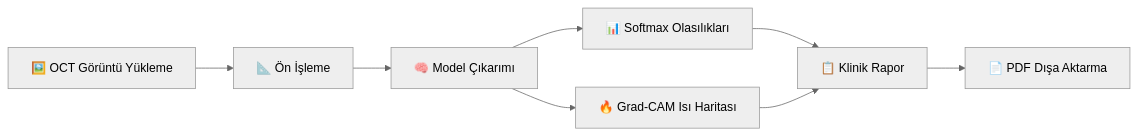
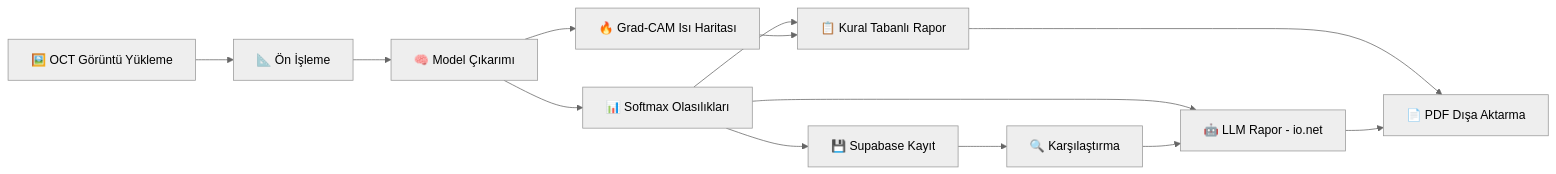
The diagram in README.md (aliozen0/retinal-amd-decision-support), drawn with Mermaid (neutral theme) before and after one commit. The commit also changed other lines of this file and 2 other files, not shown here.

Commit message:
feat: Implement multi-model LLM reporting via io.net API and add model selection UI for report generation.

````diff
--- a/README.md
+++ b/README.md
@@ -106,10 +136,15 @@
 ```mermaid
 flowchart LR
     A[🖼️ OCT Görüntü Yükleme] --> B[📐 Ön İşleme]
     B --> C[🧠 Model Çıkarımı]
     C --> D[📊 Softmax Olasılıkları]
     C --> E[🔥 Grad-CAM Isı Haritası]
-    D --> F[📋 Klinik Rapor]
+    D --> F[📋 Kural Tabanlı Rapor]
+    D --> G[🤖 LLM Rapor - io.net]
     E --> F
-    F --> G[📄 PDF Dışa Aktarma]
+    F --> H[📄 PDF Dışa Aktarma]
+    G --> H
+    D --> I[💾 Supabase Kayıt]
+    I --> J[🔍 Karşılaştırma]
+    J --> G
 ```
````
